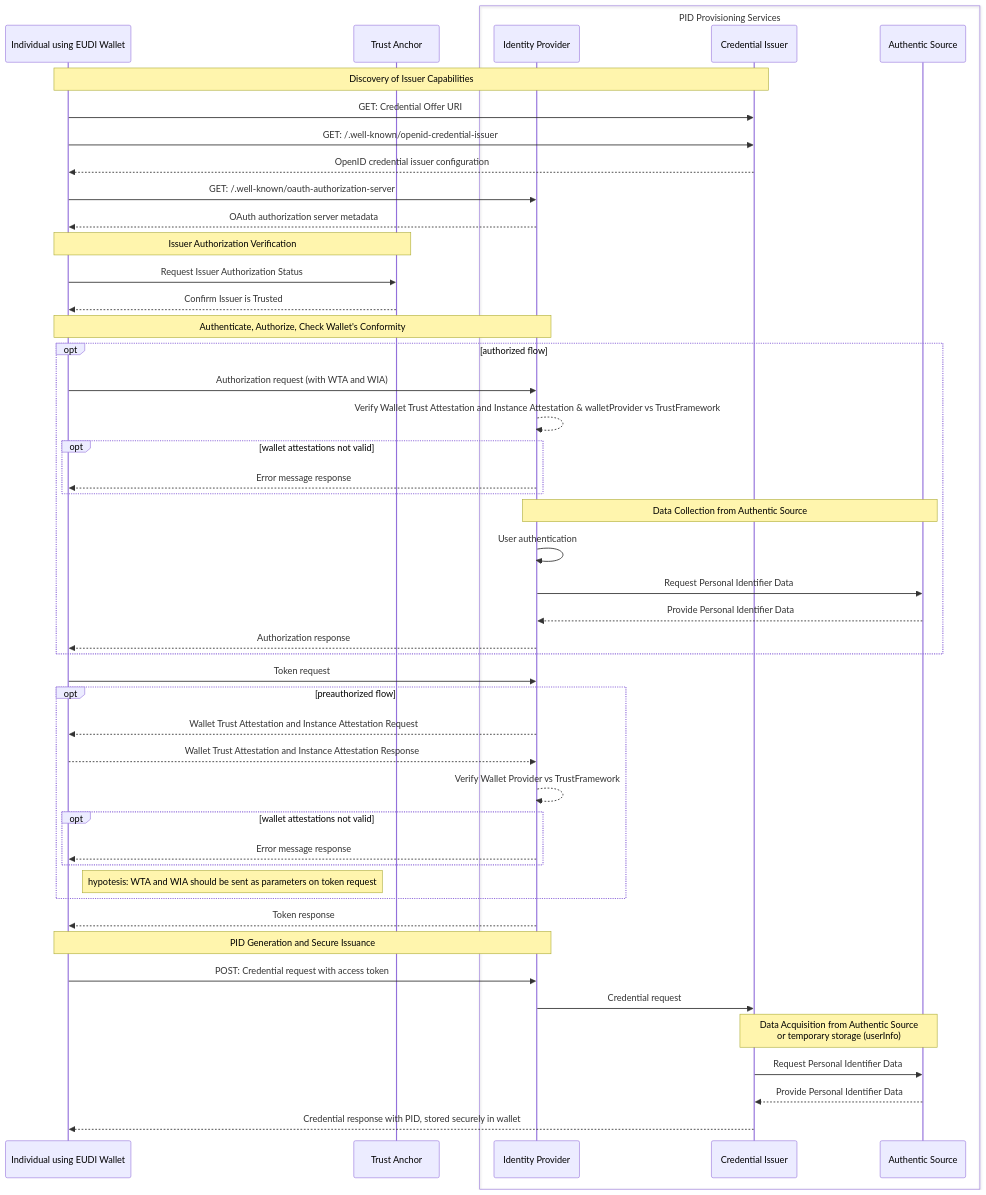
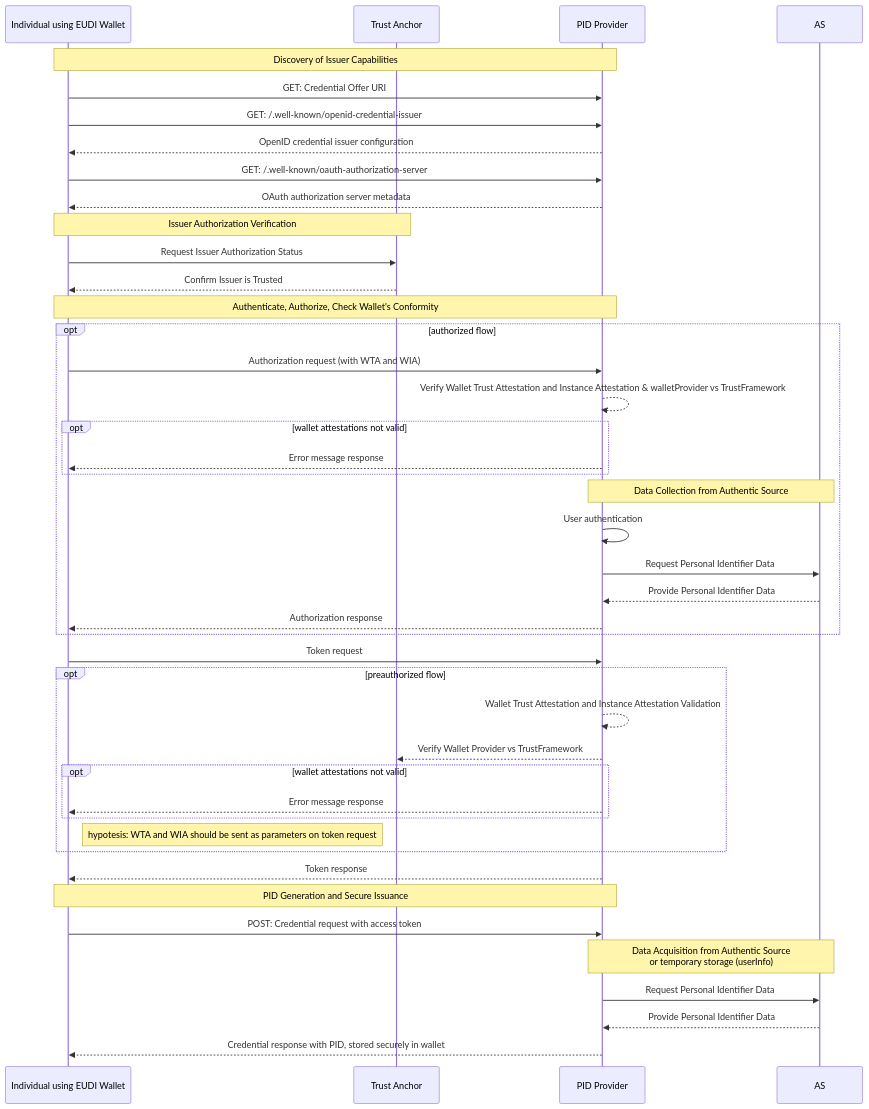
Before and after one commit to EWC-consortium/eudi-wallet-rfcs: the diagram in ewc-rfc003-issue-person-identification-data.md, drawn with Mermaid.

Commit message:
20241113 ewc-rfc003-issue-person-identification-data.md

````diff
--- a/ewc-rfc003-issue-person-identification-data.md
+++ b/ewc-rfc003-issue-person-identification-data.md
@@ -68,59 +68,54 @@
 ```mermaid
   sequenceDiagram
     participant I as Individual using EUDI Wallet
     participant TA as Trust Anchor
-    box PID Provisioning Services
-    participant O as Identity Provider
-    participant CI as Credential Issuer
-    participant AS as Authentic Source
-    end
+    participant P as PID Provider
     
-    Note over I,CI: Discovery of Issuer Capabilities 
+    Note over I,P: Discovery of Issuer Capabilities 
       
-    I->>CI: GET: Credential Offer URI
-    I->> CI: GET: /.well-known/openid-credential-issuer
-    CI-->> I: OpenID credential issuer configuration
-    I->> O: GET: /.well-known/oauth-authorization-server
-    O-->>I: OAuth authorization server metadata
+    I->> P: GET: Credential Offer URI
+    I->> P: GET: /.well-known/openid-credential-issuer
+    P-->> I: OpenID credential issuer configuration
+    I->> P: GET: /.well-known/oauth-authorization-server
+    P-->>I: OAuth authorization server metadata
         
     Note over I,TA: Issuer Authorization Verification
     I->>TA: Request Issuer Authorization Status
     TA-->>I: Confirm Issuer is Trusted
     
-    Note over I,O: Authenticate, Authorize, Check Wallet's Conformity
+    Note over I,P: Authenticate, Authorize, Check Wallet's Conformity
     opt authorized flow
-    I->>O: Authorization request (with WTA and WIA)
-    O-->>O: Verify Wallet Trust Attestation and Instance Attestation & walletProvider vs TrustFramework 
+    I->>P: Authorization request (with WTA and WIA)
+    P-->>P: Verify Wallet Trust Attestation and Instance Attestation & walletProvider vs TrustFramework 
     opt wallet attestations not valid
-    O-->>I: Error message response
+    P-->>I: Error message response
     end
-    Note over O,AS: Data Collection from Authentic Source
-    O->>O: User authentication
-    O->>AS: Request Personal Identifier Data
-    AS-->>O: Provide Personal Identifier Data
-        O-->>I: Authorization response 
+    Note over P,AS: Data Collection from Authentic Source
+    P->>P: User authentication
+    P->>AS: Request Personal Identifier Data
+    AS-->>P: Provide Personal Identifier Data
+    P-->>I: Authorization response 
     end
     
-    I->>O: Token request
+    I->>P: Token request
     opt preauthorized flow
-    O-->>I: Wallet Trust Attestation and Instance Attestation Request
-    I-->>O: Wallet Trust Attestation and Instance Attestation Response
-    O-->>O: Verify Wallet Provider vs TrustFramework 
+    P-->>P: Wallet Trust Attestation and Instance Attestation Validation
+    P-->>TA: Verify Wallet Provider vs TrustFramework 
     opt wallet attestations not valid
-    O-->>I: Error message response
+    P-->>I: Error message response
     end
     
     Note right of I: hypotesis: WTA and WIA should be sent as parameters on token request
     end
-    O-->>I: Token response
+    P-->>I: Token response
             
-    Note over I,O: PID Generation and Secure Issuance
-    I->>O: POST: Credential request with access token
-    O->>CI: Credential request
-    Note over CI,AS: Data Acquisition from Authentic Source <BR> or temporary storage (userInfo)
-    CI->>AS: Request Personal Identifier Data
-    AS-->>CI: Provide Personal Identifier Data
+    Note over I,P: PID Generation and Secure Issuance
+    I->>P: POST: Credential request with access token
     
-    CI-->>I: Credential response with PID, stored securely in wallet
+    Note over P,AS: Data Acquisition from Authentic Source <BR> or temporary storage (userInfo)
+    P->>AS: Request Personal Identifier Data
+    AS-->>P: Provide Personal Identifier Data
+    
+    P-->>I: Credential response with PID, stored securely in wallet
 
 ```
````
